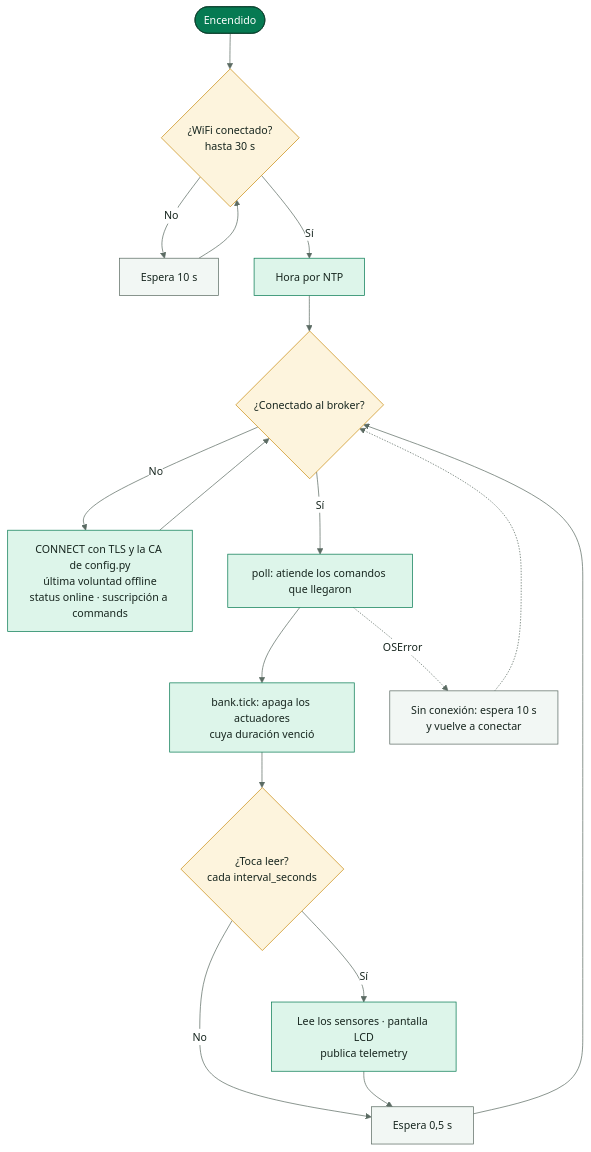
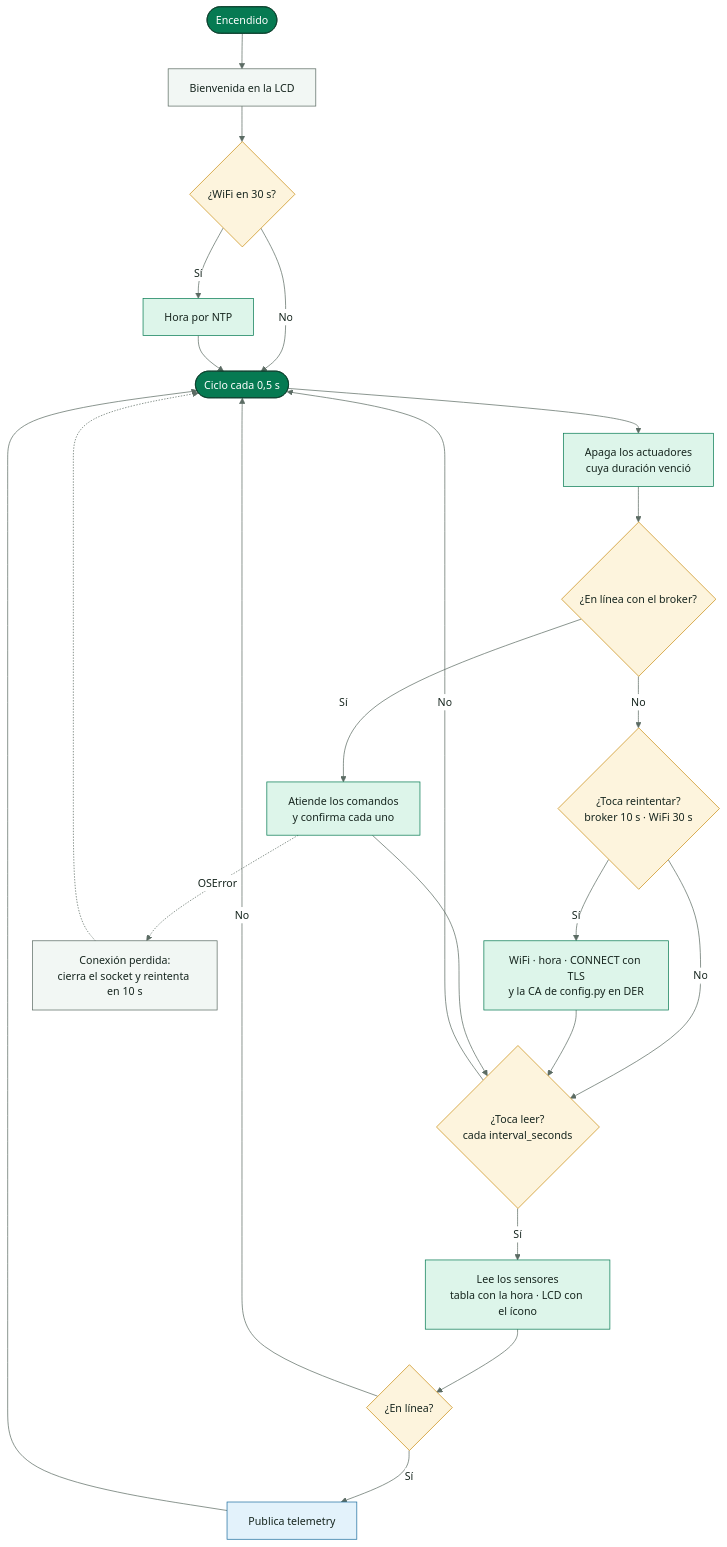
Before and after one commit to SmartPotTech/SmartPot-IoT: the diagram in docs/diagrams/SmartPot_IoT_01_Main_Loop.mmd, drawn with Mermaid. The commit also changed 3 other files, not shown here.

```diff
--- a/docs/diagrams/SmartPot_IoT_01_Main_Loop.mmd
+++ b/docs/diagrams/SmartPot_IoT_01_Main_Loop.mmd
@@ -1,26 +1,33 @@
 %%{init: {"theme": "base", "fontFamily": "Segoe UI, Arial, sans-serif", "themeVariables": {"fontFamily": "Segoe UI, Arial, sans-serif", "fontSize": "15px", "primaryColor": "#DDF5EA", "primaryTextColor": "#17261F", "primaryBorderColor": "#067A52", "secondaryColor": "#E3F2FB", "secondaryTextColor": "#17261F", "secondaryBorderColor": "#1F6FA0", "tertiaryColor": "#F2F7F4", "tertiaryTextColor": "#17261F", "tertiaryBorderColor": "#D5E3DC", "lineColor": "#5B6B63", "textColor": "#17261F", "mainBkg": "#DDF5EA", "nodeBorder": "#067A52", "clusterBkg": "#F7FAF8", "clusterBorder": "#D5E3DC", "edgeLabelBackground": "#FFFFFF", "actorBkg": "#067A52", "actorBorder": "#0B3D2B", "actorTextColor": "#FFFFFF", "actorLineColor": "#5B6B63", "signalColor": "#17261F", "signalTextColor": "#17261F", "labelBoxBkgColor": "#0B3D2B", "labelBoxBorderColor": "#0B3D2B", "labelTextColor": "#FFFFFF", "loopTextColor": "#0B3D2B", "noteBkgColor": "#FDF4DD", "noteBorderColor": "#C98D12", "noteTextColor": "#17261F", "activationBkgColor": "#DDF5EA", "activationBorderColor": "#067A52", "attributeBackgroundColorOdd": "#FFFFFF", "attributeBackgroundColorEven": "#F2F7F4"}}}%%
 flowchart TB
-  boot(["Encendido"]) --> wifi{"¿WiFi conectado?<br/>hasta 30 s"}
-  wifi -->|"No"| wait["Espera 10 s"] --> wifi
+  boot(["Encendido"]) --> welcome["Bienvenida en la LCD"]
+  welcome --> wifi{"¿WiFi en 30 s?"}
   wifi -->|"Sí"| ntp["Hora por NTP"]
-  ntp --> mqtt{"¿Conectado al broker?"}
-  mqtt -->|"No"| connect["CONNECT con TLS y la CA de config.py<br/>última voluntad offline<br/>status online · suscripción a commands"]
-  connect --> mqtt
-  mqtt -->|"Sí"| poll["poll: atiende los comandos que llegaron"]
-  poll --> tick["bank.tick: apaga los actuadores<br/>cuya duración venció"]
-  tick --> due{"¿Toca leer?<br/>cada interval_seconds"}
-  due -->|"Sí"| read["Lee los sensores · pantalla LCD<br/>publica telemetry"]
-  due -->|"No"| sleep["Espera 0,5 s"]
-  read --> sleep --> mqtt
-  poll -.->|"OSError"| lost["Sin conexión: espera 10 s<br/>y vuelve a conectar"] -.-> mqtt
+  wifi -->|"No"| loop
+  ntp --> loop
+  loop(["Ciclo cada 0,5 s"]) --> tick["Apaga los actuadores<br/>cuya duración venció"]
+  tick --> online{"¿En línea con el broker?"}
+  online -->|"Sí"| poll["Atiende los comandos<br/>y confirma cada uno"]
+  online -->|"No"| retry{"¿Toca reintentar?<br/>broker 10 s · WiFi 30 s"}
+  retry -->|"Sí"| connect["WiFi · hora · CONNECT con TLS<br/>y la CA de config.py en DER"]
+  retry -->|"No"| due
+  connect --> due
+  poll --> due{"¿Toca leer?<br/>cada interval_seconds"}
+  due -->|"Sí"| read["Lee los sensores<br/>tabla con la hora · LCD con el ícono"]
+  due -->|"No"| loop
+  read --> publish{"¿En línea?"}
+  publish -->|"Sí"| telemetry["Publica telemetry"] --> loop
+  publish -->|"No"| loop
+  poll -.->|"OSError"| lost["Conexión perdida:<br/>cierra el socket y reintenta en 10 s"] -.-> loop
   classDef leaf fill:#DDF5EA,stroke:#067A52,color:#17261F
   classDef water fill:#E3F2FB,stroke:#1F6FA0,color:#17261F
   classDef sun fill:#FDF4DD,stroke:#C98D12,color:#17261F
   classDef clay fill:#FBE9E1,stroke:#B85A38,color:#17261F
   classDef core fill:#067A52,stroke:#0B3D2B,color:#FFFFFF
   classDef deep fill:#0B3D2B,stroke:#06281C,color:#FFFFFF
   classDef muted fill:#F2F7F4,stroke:#5B6B63,color:#17261F
-  class boot core
-  class wifi,mqtt,due sun
-  class wait,sleep,lost muted
-  class ntp,connect,poll,tick,read leaf
+  class boot,loop core
+  class wifi,online,retry,due,publish sun
+  class welcome,lost muted
+  class ntp,tick,poll,connect,read leaf
+  class telemetry water
```
